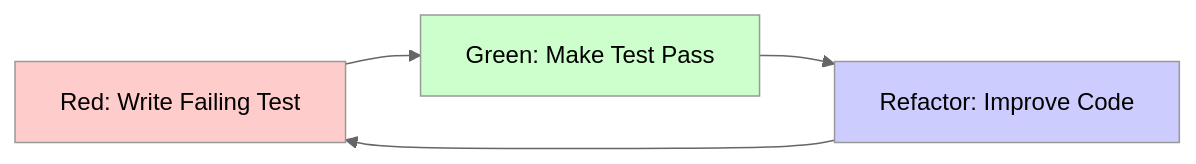
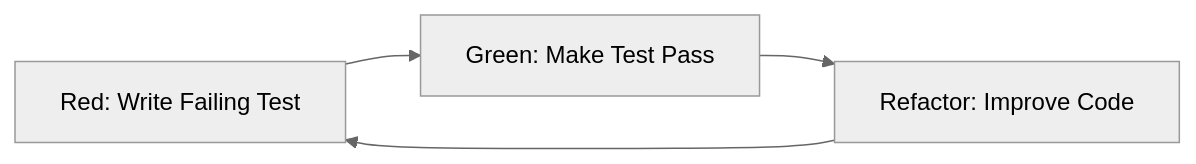
The diagram in .ai/patterns/test-driven-development.md (I-Synergy/AI), drawn with Mermaid (neutral theme) before and after one commit. The commit also changed other lines of this file and 262 other files, not shown here.

````diff
--- a/.ai/patterns/test-driven-development.md
+++ b/.ai/patterns/test-driven-development.md
@@ -11,10 +7,6 @@
 ```mermaid
 graph LR
     Red[Red: Write Failing Test] --> Green[Green: Make Test Pass]
     Green --> Refactor[Refactor: Improve Code]
     Refactor --> Red
-
-    style Red fill:#ffcccc
-    style Green fill:#ccffcc
-    style Refactor fill:#ccccff
 ```
````
